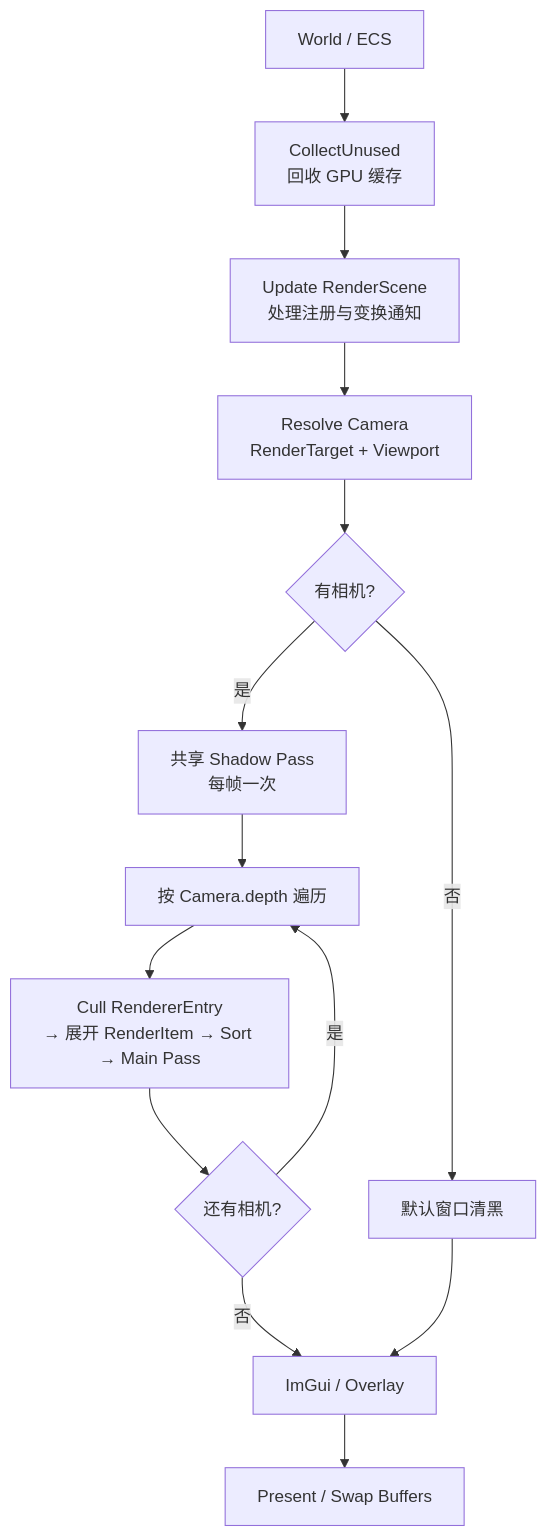
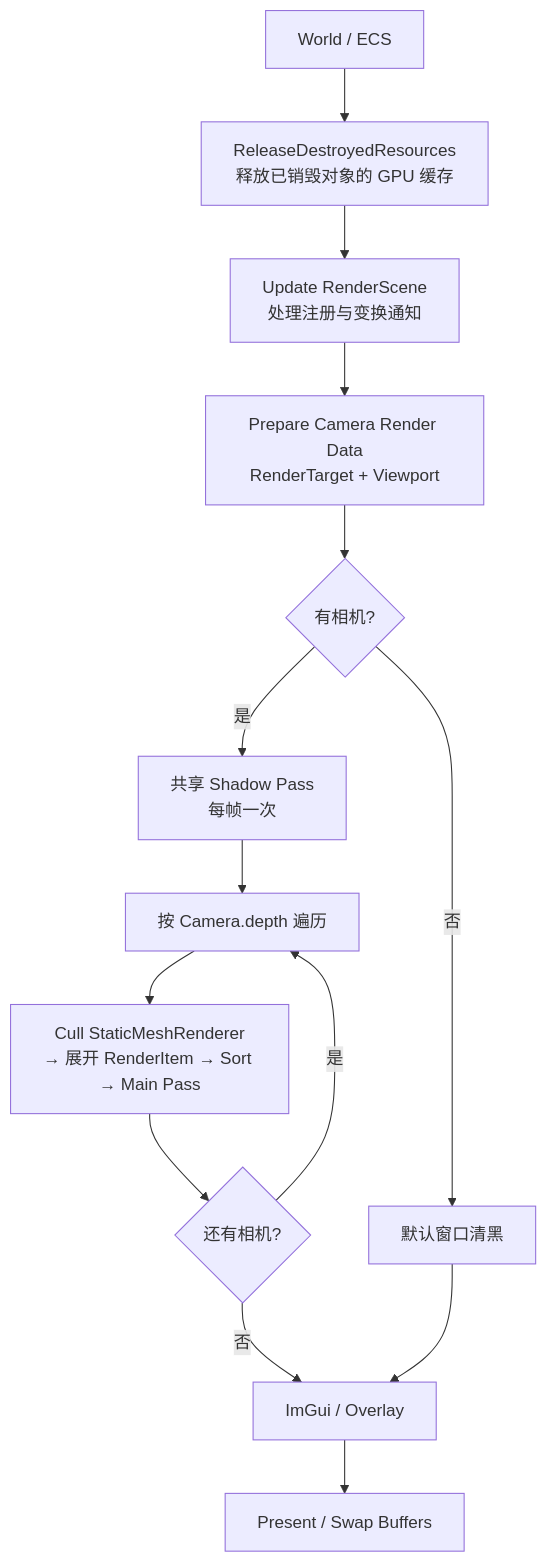
Before and after one commit to REW-Z/orbeden: the first of 3 diagrams in Docs/RenderingPipeline.md, drawn with Mermaid. The commit also changed other lines of this file and 26 other files, not shown here.

````diff
--- a/Docs/RenderingPipeline.md
+++ b/Docs/RenderingPipeline.md
@@ -20,16 +20,16 @@
 ```mermaid
 flowchart TD
-    A["World / ECS"] --> B["CollectUnused\n回收 GPU 缓存"]
+    A["World / ECS"] --> B["ReleaseDestroyedResources\n释放已销毁对象的 GPU 缓存"]
     B --> C["Update RenderScene\n处理注册与变换通知"]
-    C --> D["Resolve Camera\nRenderTarget + Viewport"]
+    C --> D["Prepare Camera Render Data\nRenderTarget + Viewport"]
     D --> E{"有相机?"}
     E -- 否 --> F["默认窗口清黑"]
     E -- 是 --> G["共享 Shadow Pass\n每帧一次"]
     G --> H["按 Camera.depth 遍历"]
-    H --> I["Cull RendererEntry\n→ 展开 RenderItem → Sort → Main Pass"]
+    H --> I["Cull StaticMeshRenderer\n→ 展开 RenderItem → Sort → Main Pass"]
     I --> J{"还有相机?"}
     J -- 是 --> H
     J -- 否 --> K["ImGui / Overlay"]
     F --> K
     K --> L["Present / Swap Buffers"]
 ```
````
